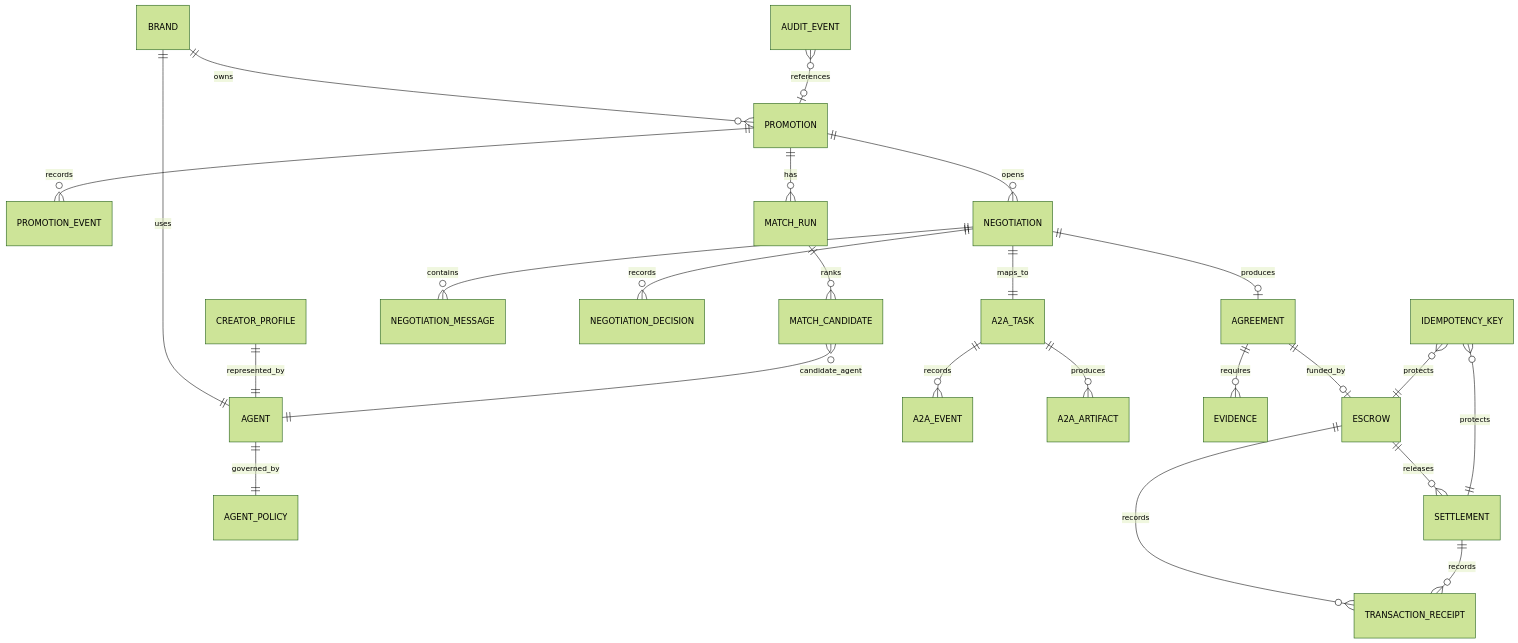
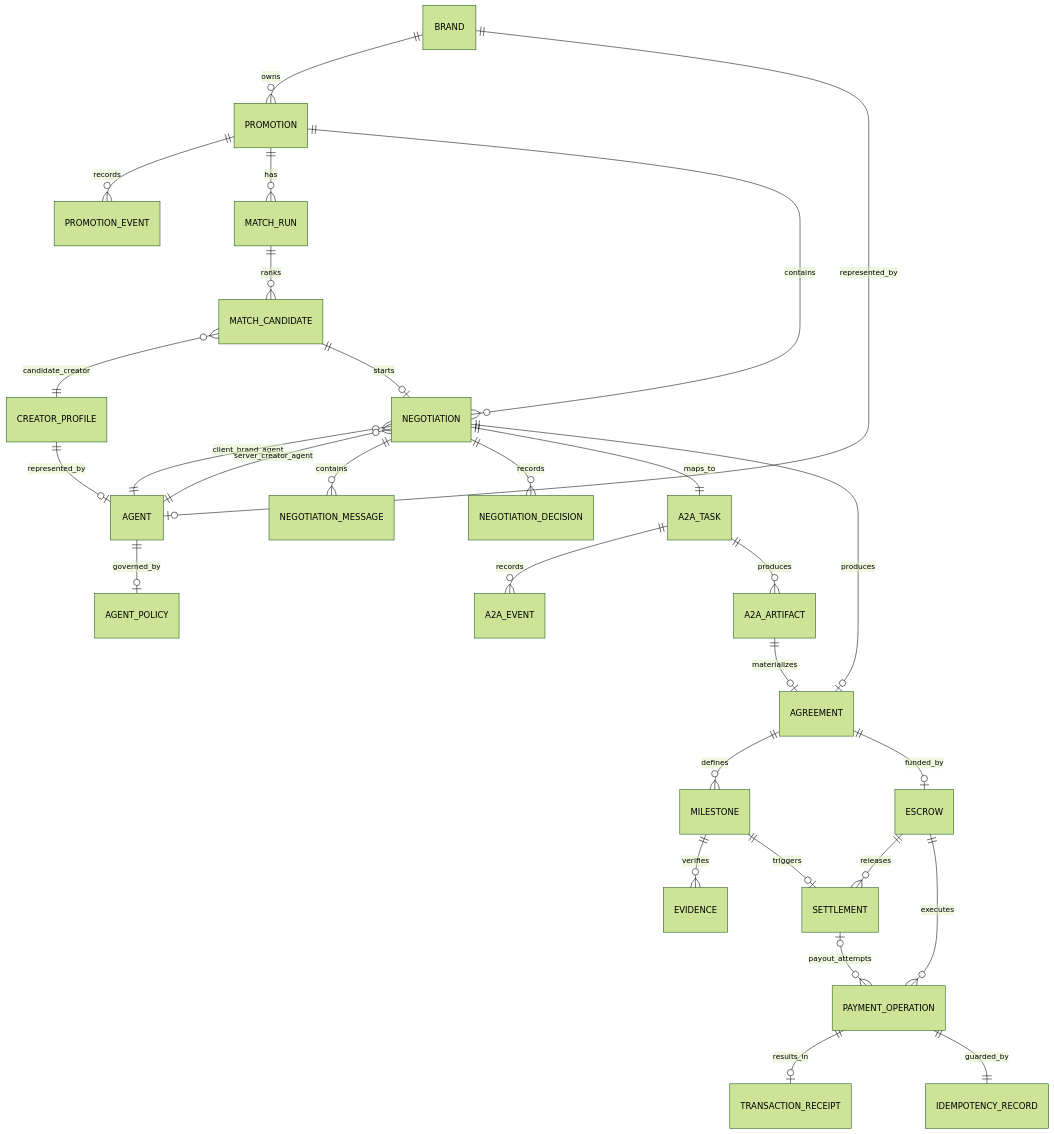
The diagram in docs/22_FIRESTORE_RUNBOOK.md (METHEZONE/knot), drawn with Mermaid (forest theme) before and after one commit. The commit also changed other lines of this file and 15 other files, not shown here.

Commit message:
fix(backend): align Firestore ERD and persistence references

````diff
--- a/docs/22_FIRESTORE_RUNBOOK.md
+++ b/docs/22_FIRESTORE_RUNBOOK.md
@@ -78,31 +80,39 @@
 ```mermaid
 erDiagram
     BRAND ||--o{ PROMOTION : owns
-    BRAND ||--|| AGENT : uses
-    CREATOR_PROFILE ||--|| AGENT : represented_by
-    AGENT ||--|| AGENT_POLICY : governed_by
+    BRAND ||--o| AGENT : represented_by
+    CREATOR_PROFILE ||--o| AGENT : represented_by
+    AGENT ||--o| AGENT_POLICY : governed_by
 
     PROMOTION ||--o{ PROMOTION_EVENT : records
     PROMOTION ||--o{ MATCH_RUN : has
     MATCH_RUN ||--o{ MATCH_CANDIDATE : ranks
-    MATCH_CANDIDATE }o--|| AGENT : candidate_agent
+    MATCH_CANDIDATE }o--|| CREATOR_PROFILE : candidate_creator
 
-    PROMOTION ||--o{ NEGOTIATION : opens
+    PROMOTION ||--o{ NEGOTIATION : contains
+    MATCH_CANDIDATE ||--o| NEGOTIATION : starts
+    NEGOTIATION }o--|| AGENT : client_brand_agent
+    NEGOTIATION }o--|| AGENT : server_creator_agent
+
     NEGOTIATION ||--o{ NEGOTIATION_MESSAGE : contains
     NEGOTIATION ||--o{ NEGOTIATION_DECISION : records
-    NEGOTIATION ||--o| AGREEMENT : produces
+    NEGOTIATION ||--|| A2A_TASK : maps_to
 
     A2A_TASK ||--o{ A2A_EVENT : records
     A2A_TASK ||--o{ A2A_ARTIFACT : produces
-    NEGOTIATION ||--|| A2A_TASK : maps_to
 
-    AGREEMENT ||--o{ EVIDENCE : requires
+    NEGOTIATION ||--o| AGREEMENT : produces
+    A2A_ARTIFACT ||--o| AGREEMENT : materializes
+
+    AGREEMENT ||--o{ MILESTONE : defines
+    MILESTONE ||--o{ EVIDENCE : verifies
+
     AGREEMENT ||--o| ESCROW : funded_by
     ESCROW ||--o{ SETTLEMENT : releases
-    ESCROW ||--o{ TRANSACTION_RECEIPT : records
-    SETTLEMENT ||--o{ TRANSACTION_RECEIPT : records
+    MILESTONE ||--o| SETTLEMENT : triggers
 
-    AUDIT_EVENT }o--o| PROMOTION : references
-    IDEMPOTENCY_KEY }o--|| ESCROW : protects
-    IDEMPOTENCY_KEY }o--|| SETTLEMENT : protects
+    ESCROW ||--o{ PAYMENT_OPERATION : executes
+    SETTLEMENT o|--o{ PAYMENT_OPERATION : payout_attempts
+    PAYMENT_OPERATION ||--o| TRANSACTION_RECEIPT : results_in
+    PAYMENT_OPERATION ||--|| IDEMPOTENCY_RECORD : guarded_by
 ```
````
